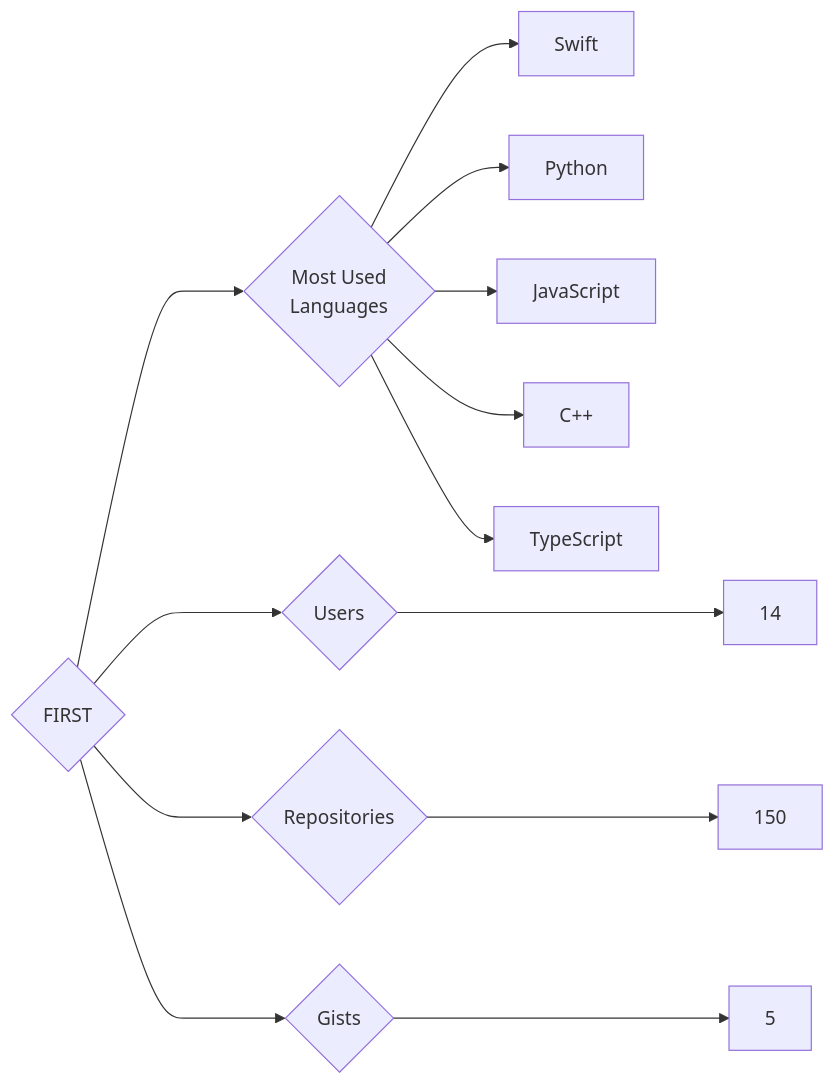
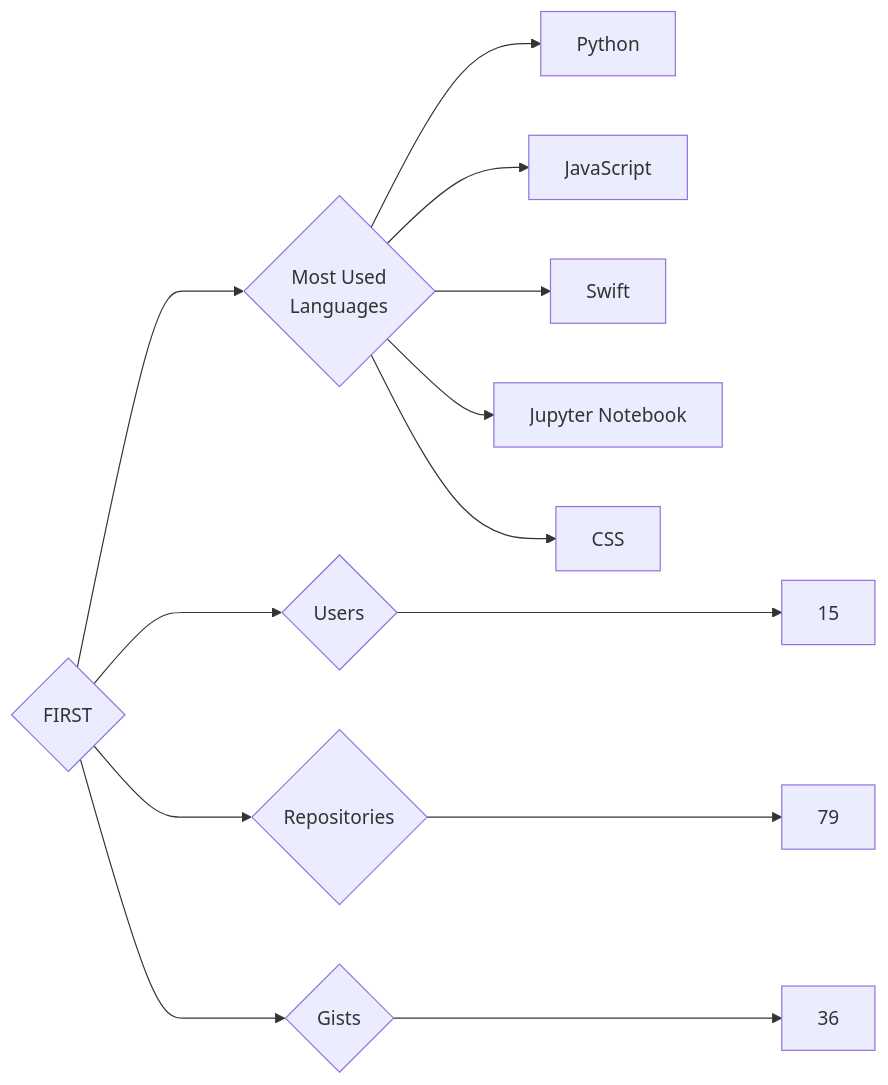
The diagram in targets/FIRST/README.md (trickest/insiders), drawn with Mermaid before and after one commit. The commit also changed 953 other files, not shown here.

````diff
--- a/targets/FIRST/README.md
+++ b/targets/FIRST/README.md
@@ -3,13 +3,13 @@
 ```mermaid
 graph LR
 COMPANY_NAME{FIRST}
-COMPANY_NAME ---> U{Users} ---> UN[14]
-COMPANY_NAME ---> R{Repositories} ---> RN[150]
-COMPANY_NAME ---> G{Gists} ---> GN[5]
+COMPANY_NAME ---> U{Users} ---> UN[15]
+COMPANY_NAME ---> R{Repositories} ---> RN[79]
+COMPANY_NAME ---> G{Gists} ---> GN[36]
 COMPANY_NAME ---> ML{Most Used<br>Languages}
-ML --> Swift[Swift]
 ML --> Python[Python]
 ML --> JavaScript[JavaScript]
-ML --> C++[C++]
-ML --> TypeScript[TypeScript]
+ML --> Swift[Swift]
+ML --> Jupyter_Notebook[Jupyter Notebook]
+ML --> CSS[CSS]
 ```
````
